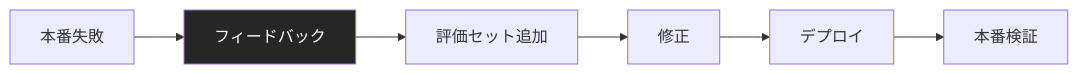
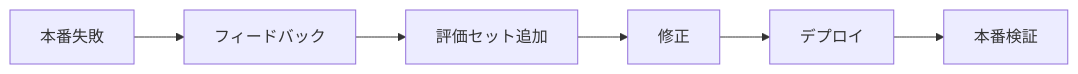
One commit to dinekt/dinekt-wiki changed the third of 4 diagrams in docs/concepts/ai-開発の速度と品質は両立できる.md. Above: the diagram before and after it, drawn with Mermaid. The commit also changed other lines of this file and 70 other files, not shown here.

First line of the commit message:
fix(mermaid): strip all inline styling, rely on theme

````diff
--- a/docs/concepts/ai-開発の速度と品質は両立できる.md
+++ b/docs/concepts/ai-開発の速度と品質は両立できる.md
@@ -73,10 +70,9 @@
 ```mermaid
 flowchart LR
     B[本番失敗] --> F[フィードバック]
     F --> E[評価セット追加]
     E --> M[修正]
     M --> D[デプロイ]
     D --> V[本番検証]
 
-    style F fill:#262626,color:#fff
 ```
````
